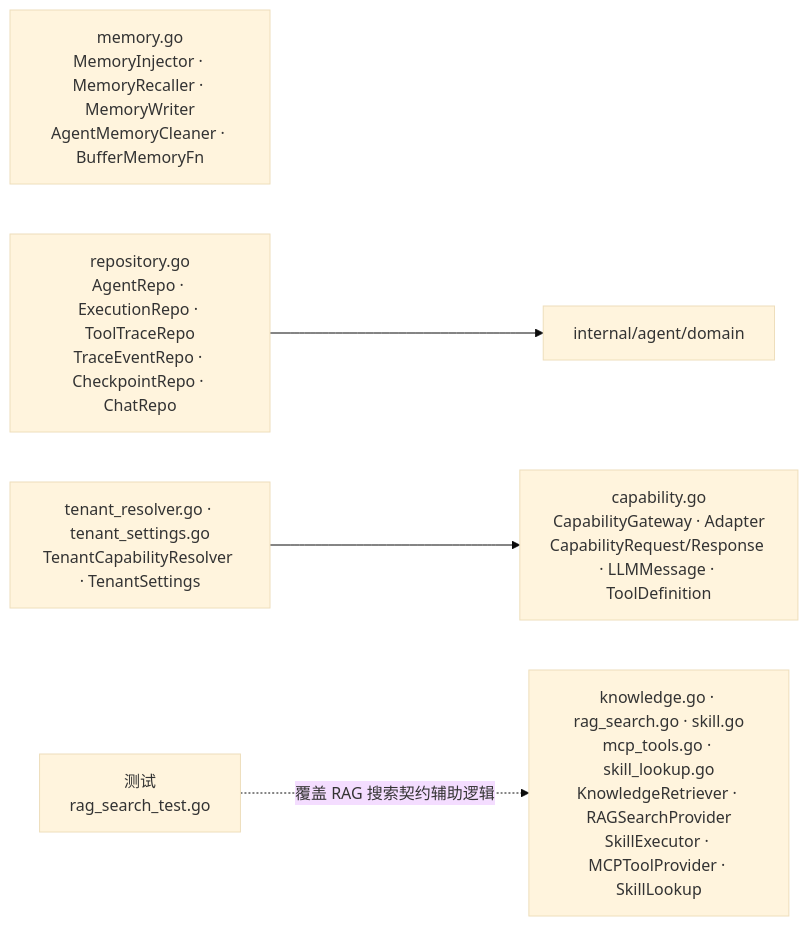
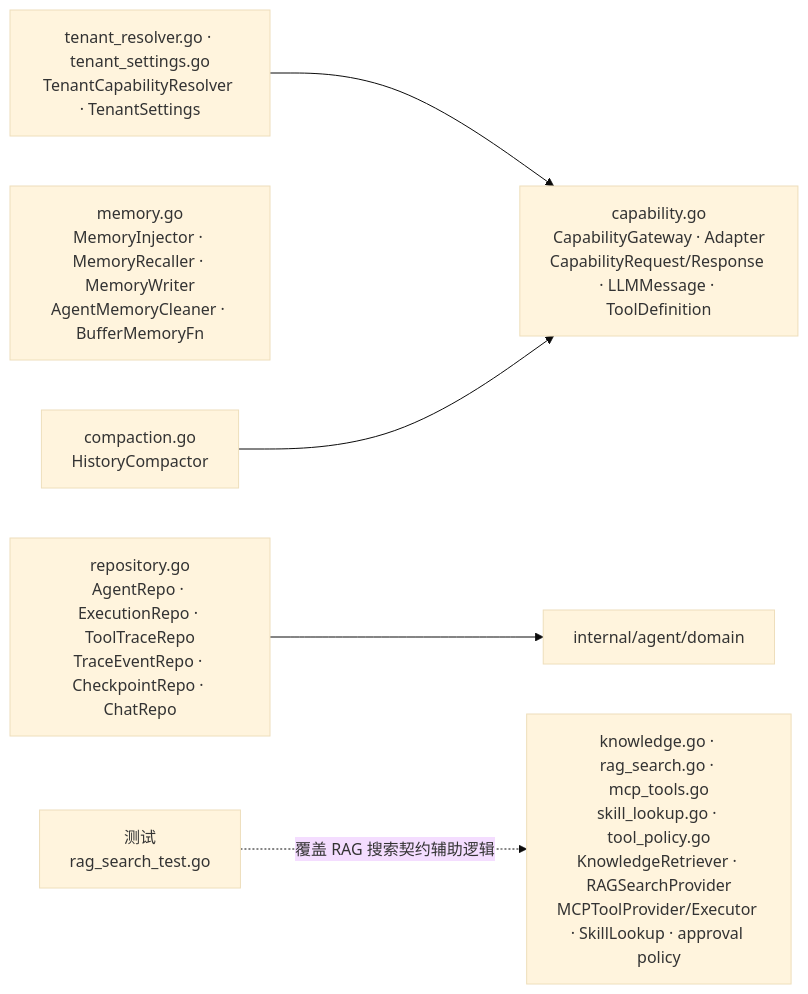
One commit to ArchChuan/Stratum changed the diagram in docs/go-package-architecture/internal-agent-domain-port.md. Above: the diagram before and after it, drawn with Mermaid (base theme). The commit also changed other lines of this file and 26 other files, not shown here.

````diff
--- a/docs/go-package-architecture/internal-agent-domain-port.md
+++ b/docs/go-package-architecture/internal-agent-domain-port.md
@@ -7,13 +7,15 @@
 ```mermaid
 flowchart LR
   capability["capability.go<br/>CapabilityGateway · Adapter<br/>CapabilityRequest/Response · LLMMessage · ToolDefinition"]
+  compaction["compaction.go<br/>HistoryCompactor"]
   memory["memory.go<br/>MemoryInjector · MemoryRecaller · MemoryWriter<br/>AgentMemoryCleaner · BufferMemoryFn"]
   repos["repository.go<br/>AgentRepo · ExecutionRepo · ToolTraceRepo<br/>TraceEventRepo · CheckpointRepo · ChatRepo"]
-  integrations["knowledge.go · rag_search.go · skill.go<br/>mcp_tools.go · skill_lookup.go<br/>KnowledgeRetriever · RAGSearchProvider<br/>SkillExecutor · MCPToolProvider · SkillLookup"]
+  integrations["knowledge.go · rag_search.go · mcp_tools.go<br/>skill_lookup.go · tool_policy.go<br/>KnowledgeRetriever · RAGSearchProvider<br/>MCPToolProvider/Executor · SkillLookup · approval policy"]
   tenant["tenant_resolver.go · tenant_settings.go<br/>TenantCapabilityResolver · TenantSettings"]
   domain["internal/agent/domain"]
   tests["测试<br/>rag_search_test.go"]
   repos --> domain
   tenant --> capability
+  compaction --> capability
   tests -.覆盖 RAG 搜索契约辅助逻辑.-> integrations
 ```
````
